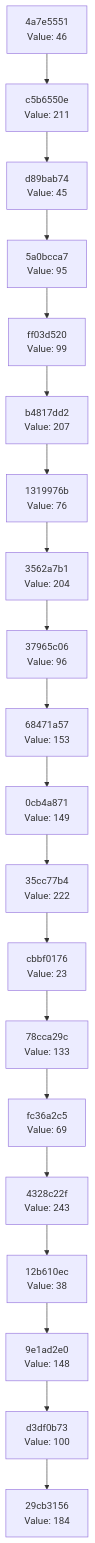
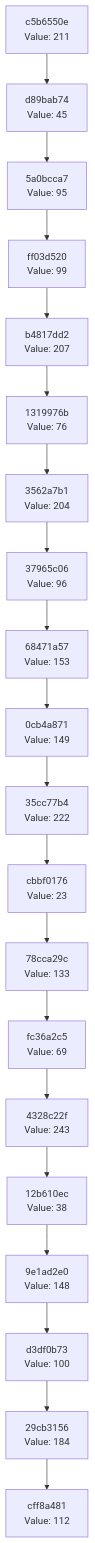
The diagram in docs/CHAIN_VISUALIZATION.md (Abhisheksinha1506/hash-chain-evolver), drawn with Mermaid before and after one commit. The commit also changed 3 other files, not shown here.

````diff
--- a/docs/CHAIN_VISUALIZATION.md
+++ b/docs/CHAIN_VISUALIZATION.md
@@ -3,42 +3,42 @@
 ```mermaid
 graph TD
-    C0["29cb3156<br/>Value: 184"]
-    C1["d3df0b73<br/>Value: 100"]
+    C0["cff8a481<br/>Value: 112"]
+    C1["29cb3156<br/>Value: 184"]
     C1 --> C0
-    C2["9e1ad2e0<br/>Value: 148"]
+    C2["d3df0b73<br/>Value: 100"]
     C2 --> C1
-    C3["12b610ec<br/>Value: 38"]
+    C3["9e1ad2e0<br/>Value: 148"]
     C3 --> C2
-    C4["4328c22f<br/>Value: 243"]
+    C4["12b610ec<br/>Value: 38"]
     C4 --> C3
-    C5["fc36a2c5<br/>Value: 69"]
+    C5["4328c22f<br/>Value: 243"]
     C5 --> C4
-    C6["78cca29c<br/>Value: 133"]
+    C6["fc36a2c5<br/>Value: 69"]
     C6 --> C5
-    C7["cbbf0176<br/>Value: 23"]
+    C7["78cca29c<br/>Value: 133"]
     C7 --> C6
-    C8["35cc77b4<br/>Value: 222"]
+    C8["cbbf0176<br/>Value: 23"]
     C8 --> C7
-    C9["0cb4a871<br/>Value: 149"]
+    C9["35cc77b4<br/>Value: 222"]
     C9 --> C8
-    C10["68471a57<br/>Value: 153"]
+    C10["0cb4a871<br/>Value: 149"]
     C10 --> C9
-    C11["37965c06<br/>Value: 96"]
+    C11["68471a57<br/>Value: 153"]
     C11 --> C10
-    C12["3562a7b1<br/>Value: 204"]
+    C12["37965c06<br/>Value: 96"]
     C12 --> C11
-    C13["1319976b<br/>Value: 76"]
+    C13["3562a7b1<br/>Value: 204"]
     C13 --> C12
-    C14["b4817dd2<br/>Value: 207"]
+    C14["1319976b<br/>Value: 76"]
     C14 --> C13
-    C15["ff03d520<br/>Value: 99"]
+    C15["b4817dd2<br/>Value: 207"]
     C15 --> C14
-    C16["5a0bcca7<br/>Value: 95"]
+    C16["ff03d520<br/>Value: 99"]
     C16 --> C15
-    C17["d89bab74<br/>Value: 45"]
+    C17["5a0bcca7<br/>Value: 95"]
     C17 --> C16
-    C18["c5b6550e<br/>Value: 211"]
+    C18["d89bab74<br/>Value: 45"]
     C18 --> C17
-    C19["4a7e5551<br/>Value: 46"]
+    C19["c5b6550e<br/>Value: 211"]
     C19 --> C18
 ```
````
